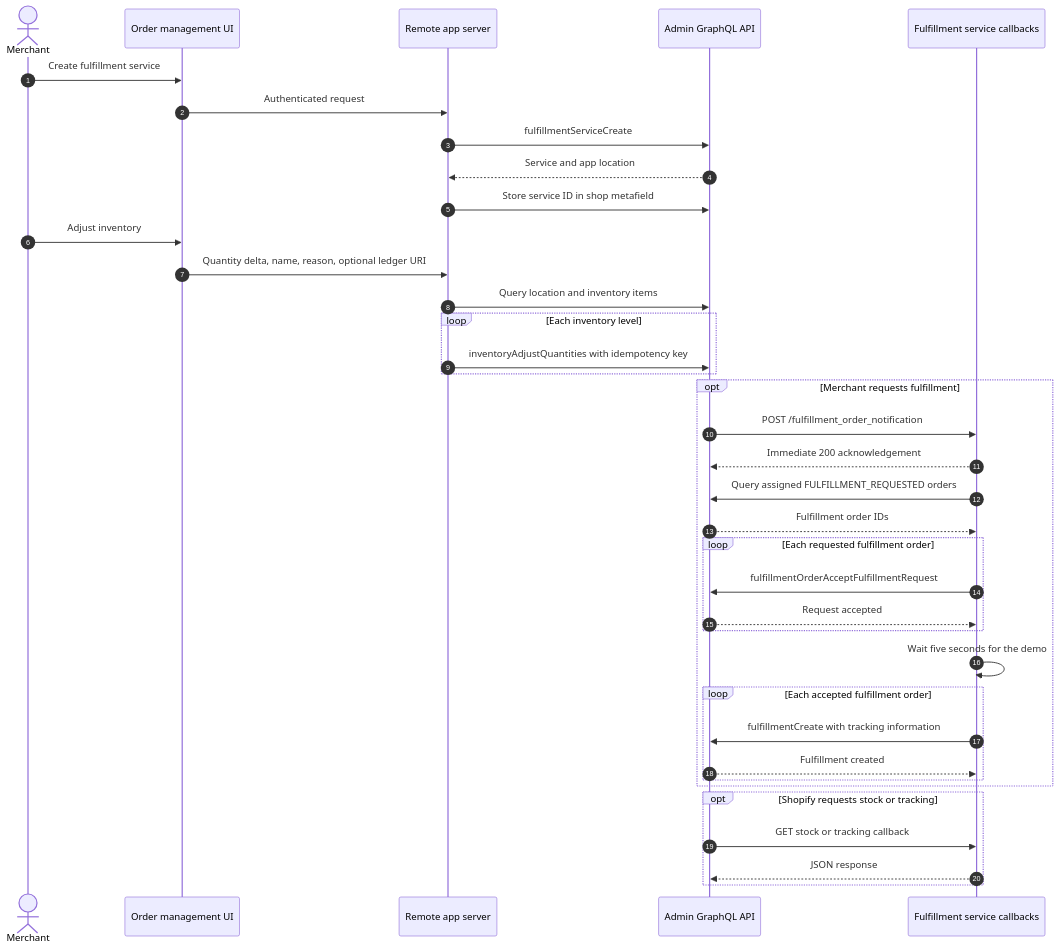
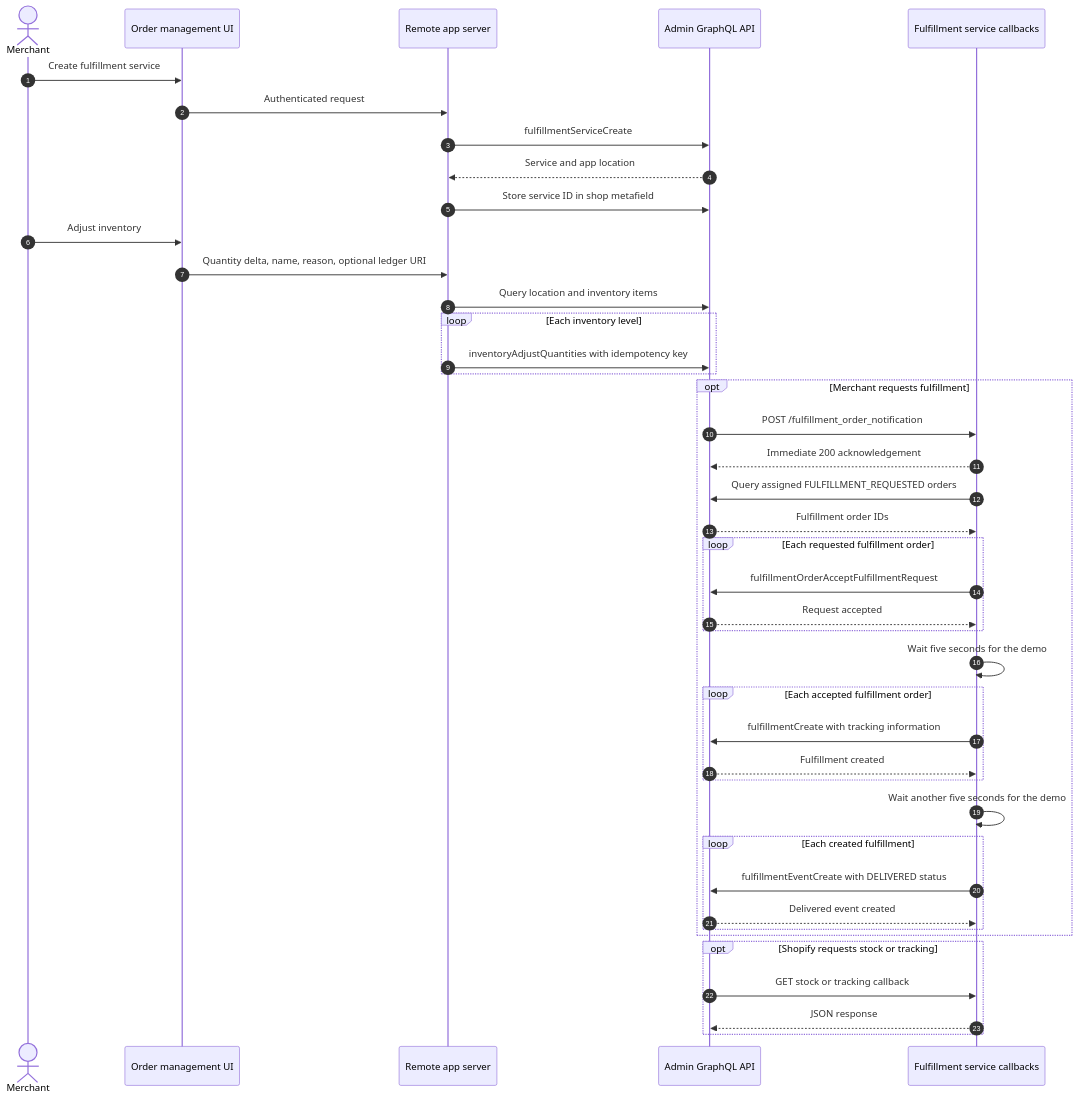
Before and after one commit to benzookapi/shopify-barebone-app-sample: the second of 3 diagrams in docs/13-ordermanage.md, drawn with Mermaid. The commit also changed other lines of this file and 4 other files, not shown here.

Commit message:
Document delivered fulfillment transition

````diff
--- a/docs/13-ordermanage.md
+++ b/docs/13-ordermanage.md
@@ -43,40 +43,45 @@
 ```mermaid
 sequenceDiagram
     autonumber
     actor Merchant
     participant UI as Order management UI
     participant App as Remote app server
     participant API as Admin GraphQL API
     participant Service as Fulfillment service callbacks
 
     Merchant->>UI: Create fulfillment service
     UI->>App: Authenticated request
     App->>API: fulfillmentServiceCreate
     API-->>App: Service and app location
     App->>API: Store service ID in shop metafield
     Merchant->>UI: Adjust inventory
     UI->>App: Quantity delta, name, reason, optional ledger URI
     App->>API: Query location and inventory items
     loop Each inventory level
         App->>API: inventoryAdjustQuantities with idempotency key
     end
     opt Merchant requests fulfillment
         API->>Service: POST /fulfillment_order_notification
         Service-->>API: Immediate 200 acknowledgement
         Service->>API: Query assigned FULFILLMENT_REQUESTED orders
         API-->>Service: Fulfillment order IDs
         loop Each requested fulfillment order
             Service->>API: fulfillmentOrderAcceptFulfillmentRequest
             API-->>Service: Request accepted
         end
         Service->>Service: Wait five seconds for the demo
         loop Each accepted fulfillment order
             Service->>API: fulfillmentCreate with tracking information
             API-->>Service: Fulfillment created
         end
+        Service->>Service: Wait another five seconds for the demo
+        loop Each created fulfillment
+            Service->>API: fulfillmentEventCreate with DELIVERED status
+            API-->>Service: Delivered event created
+        end
     end
     opt Shopify requests stock or tracking
         API->>Service: GET stock or tracking callback
         Service-->>API: JSON response
     end
 ```
````
